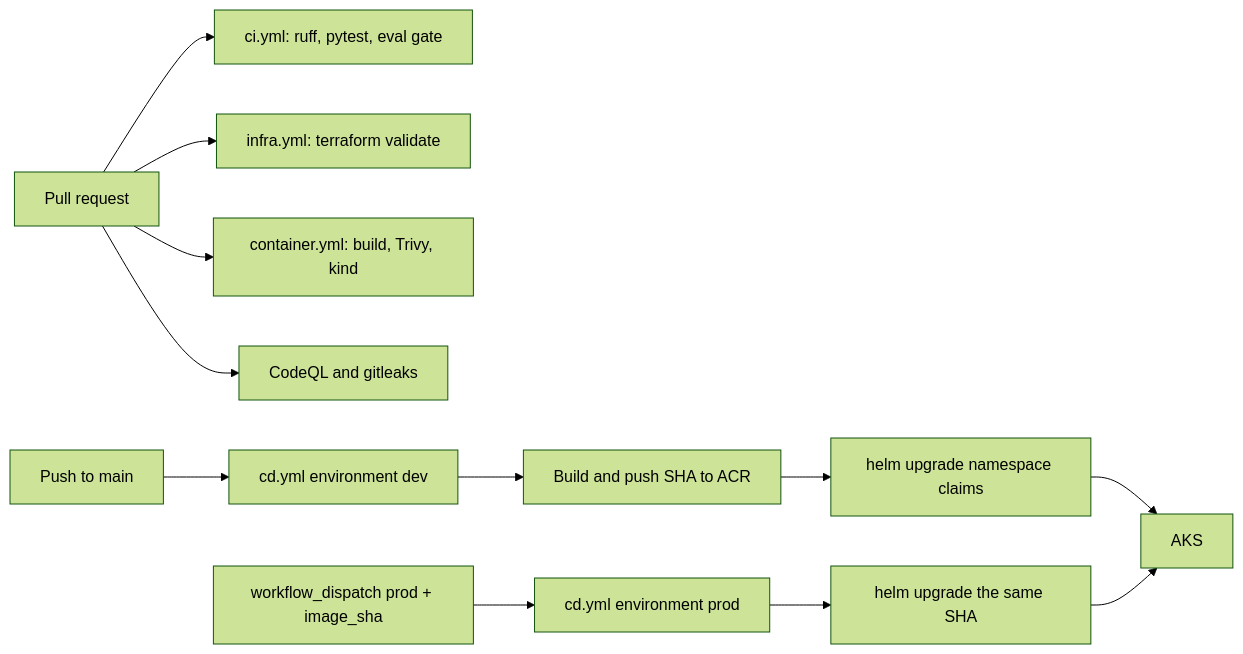
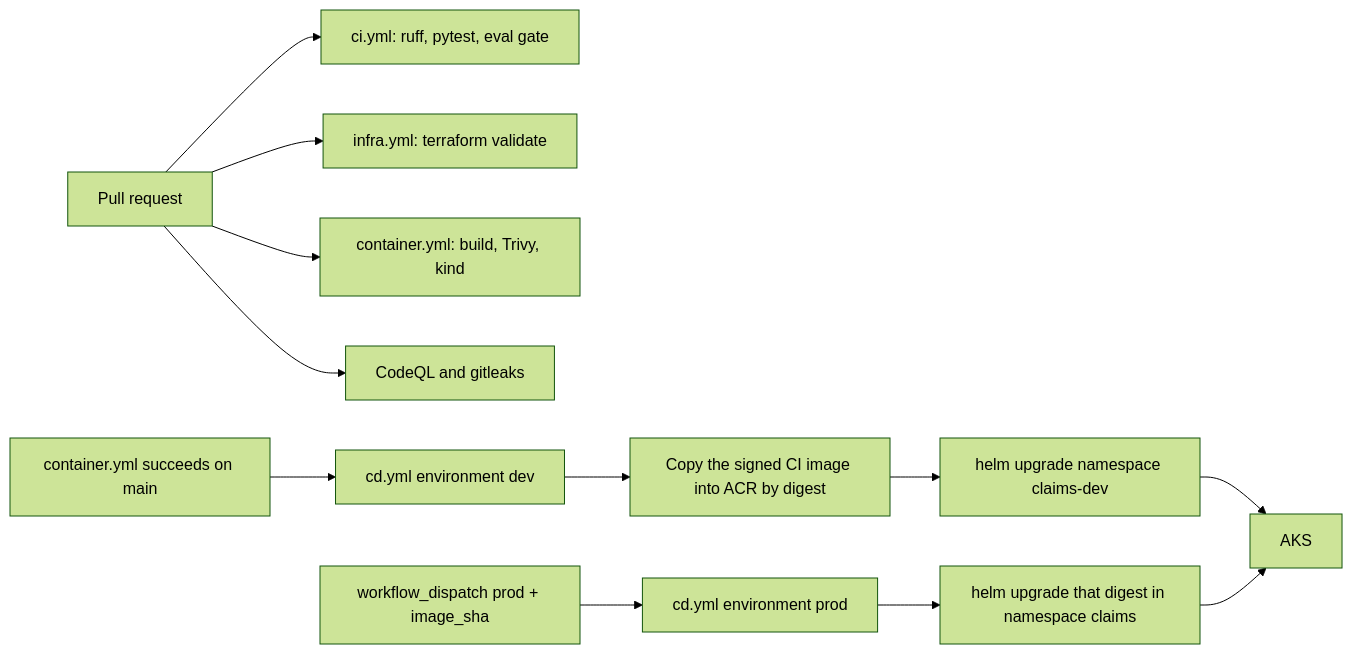
One commit to jagadishmazure-jpg/Jagadish-azure-aks-agent-platform changed the second of 2 diagrams in README.md. Above: the diagram before and after it, drawn with Mermaid (forest theme). The commit also changed other lines of this file and 12 other files, not shown here.

First line of the commit message:
Separate dev and prod deploys and wait for CI.

````diff
--- a/README.md
+++ b/README.md
@@ -135,14 +135,14 @@
 ```mermaid
 flowchart LR
   PR[Pull request] --> LINT[ci.yml: ruff, pytest, eval gate]
   PR --> TF[infra.yml: terraform validate]
   PR --> IMG[container.yml: build, Trivy, kind]
   PR --> SEC[CodeQL and gitleaks]
-  MAIN[Push to main] --> DEV[cd.yml environment dev]
-  DEV --> PUSH[Build and push SHA to ACR]
-  PUSH --> HELM[helm upgrade namespace claims]
+  MAIN[container.yml succeeds on main] --> DEV[cd.yml environment dev]
+  DEV --> COPY[Copy the signed CI image into ACR by digest]
+  COPY --> HELMDEV[helm upgrade namespace claims-dev]
   DISP[workflow_dispatch prod + image_sha] --> PROD[cd.yml environment prod]
-  PROD --> SAME[helm upgrade the same SHA]
-  HELM --> AKS[AKS]
+  PROD --> SAME[helm upgrade that digest in namespace claims]
+  HELMDEV --> AKS[AKS]
   SAME --> AKS
 ```
````
